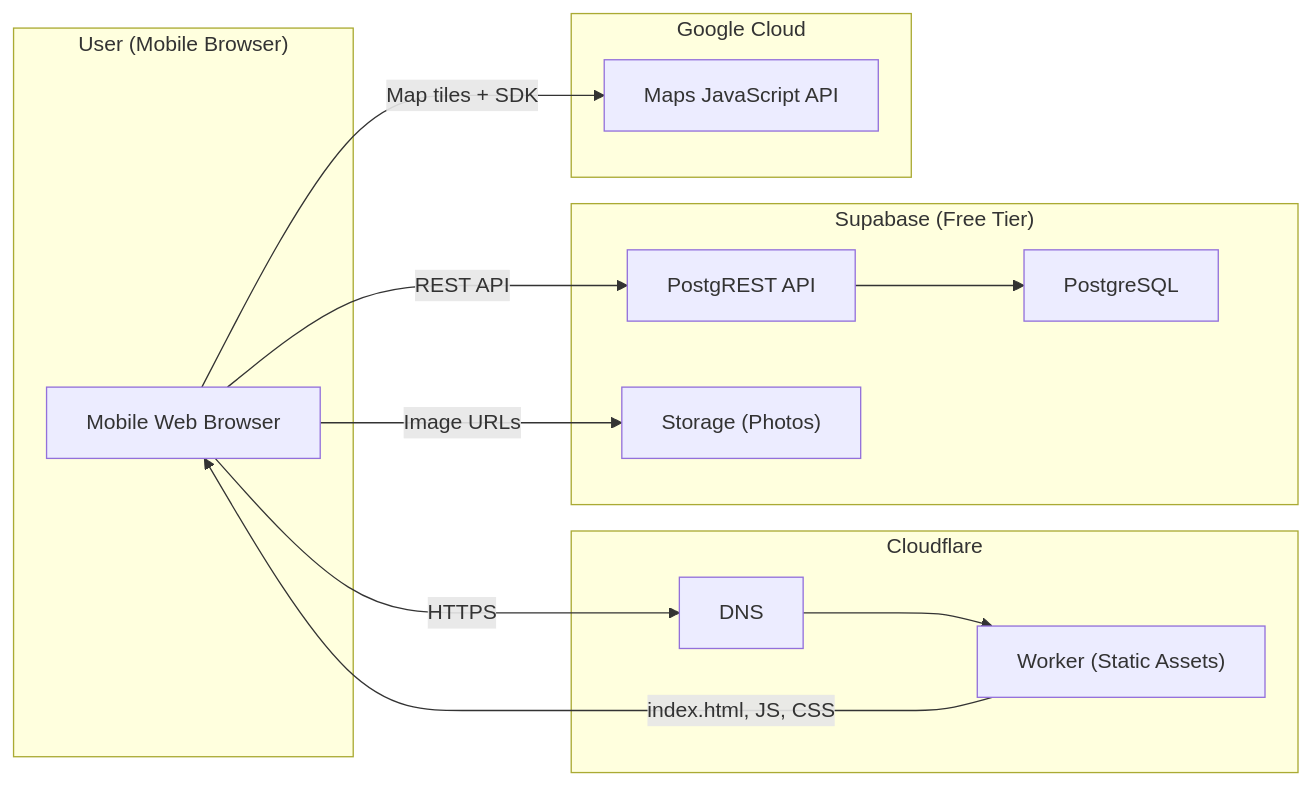
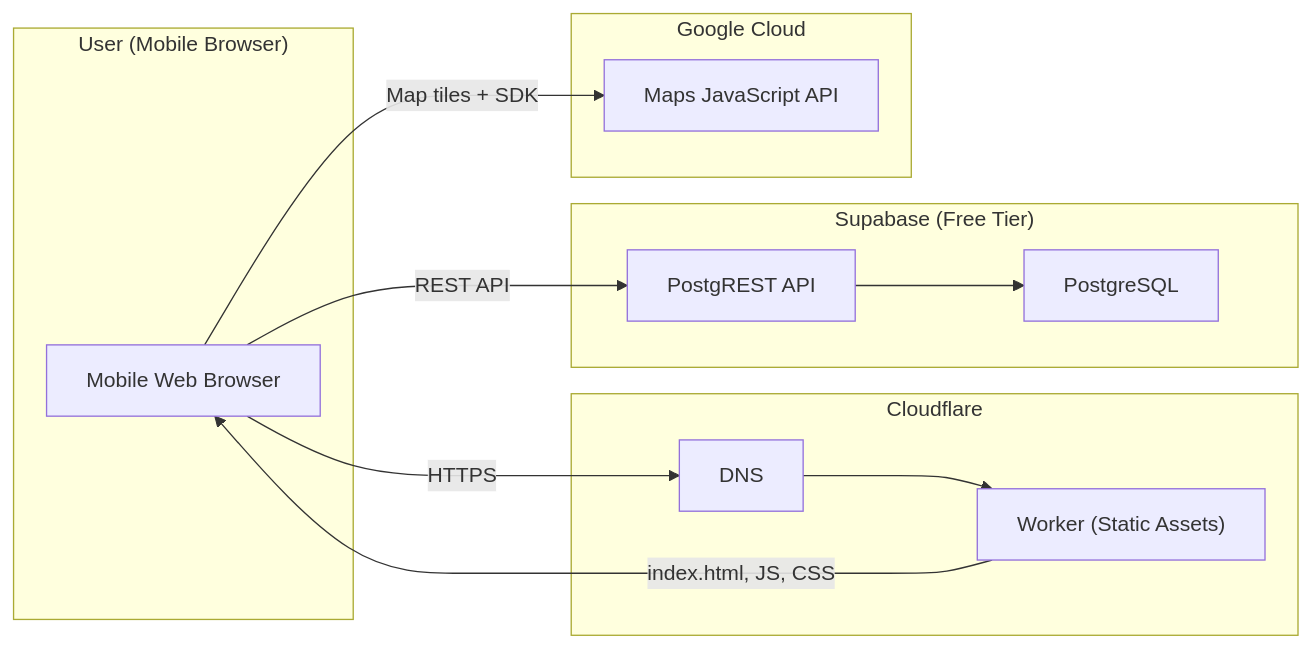
The diagram in aidlc-docs/construction/matzip-map/infrastructure-design/infrastructure-design.md (daangn-summit-2026-hackathon/matzip), drawn with Mermaid before and after one commit. The commit also changed other lines of this file and 14 other files, not shown here.

````diff
--- a/aidlc-docs/construction/matzip-map/infrastructure-design/infrastructure-design.md
+++ b/aidlc-docs/construction/matzip-map/infrastructure-design/infrastructure-design.md
@@ -5,29 +5,27 @@
 ```mermaid
 graph LR
     subgraph User["User (Mobile Browser)"]
         Browser["Mobile Web Browser"]
     end
 
     subgraph Cloudflare["Cloudflare"]
         DNS["DNS"]
         Worker["Worker (Static Assets)"]
     end
 
     subgraph Supabase["Supabase (Free Tier)"]
         API["PostgREST API"]
         DB["PostgreSQL"]
-        Storage["Storage (Photos)"]
     end
 
     subgraph Google["Google Cloud"]
         Maps["Maps JavaScript API"]
     end
 
     Browser -->|HTTPS| DNS
     DNS --> Worker
     Worker -->|index.html, JS, CSS| Browser
     Browser -->|REST API| API
     API --> DB
-    Browser -->|Image URLs| Storage
     Browser -->|Map tiles + SDK| Maps
 ```
````
